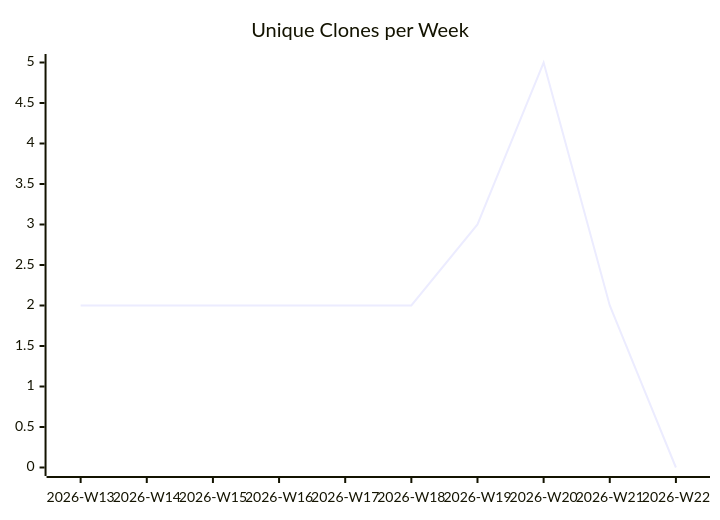
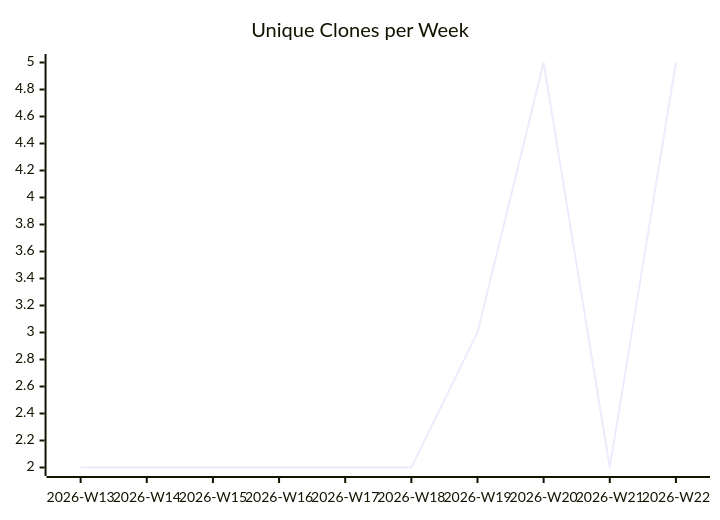
Before and after one commit to justdavis-family/github-analytics-data: the third of 3 diagrams in karlmdavis/rps-tourney/README.md, drawn with Mermaid. The commit also changed other lines of this file and 189 other files, not shown here.

````diff
--- a/karlmdavis/rps-tourney/README.md
+++ b/karlmdavis/rps-tourney/README.md
@@ -19,6 +19,6 @@
 ```mermaid
 xychart-beta
   title "Unique Clones per Week"
   x-axis ["2026-W13", "2026-W14", "2026-W15", "2026-W16", "2026-W17", "2026-W18", "2026-W19", "2026-W20", "2026-W21", "2026-W22"]
-  line [2, 2, 2, 2, 2, 2, 3, 5, 2, 0]
+  line [2, 2, 2, 2, 2, 2, 3, 5, 2, 5]
 ```
````
